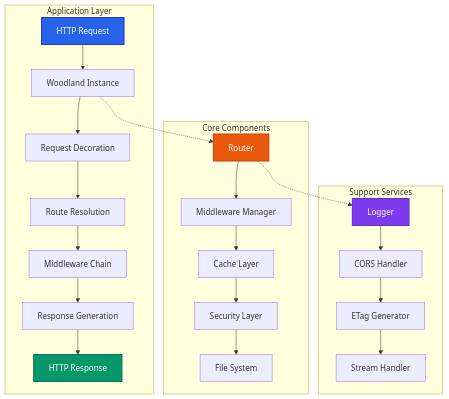
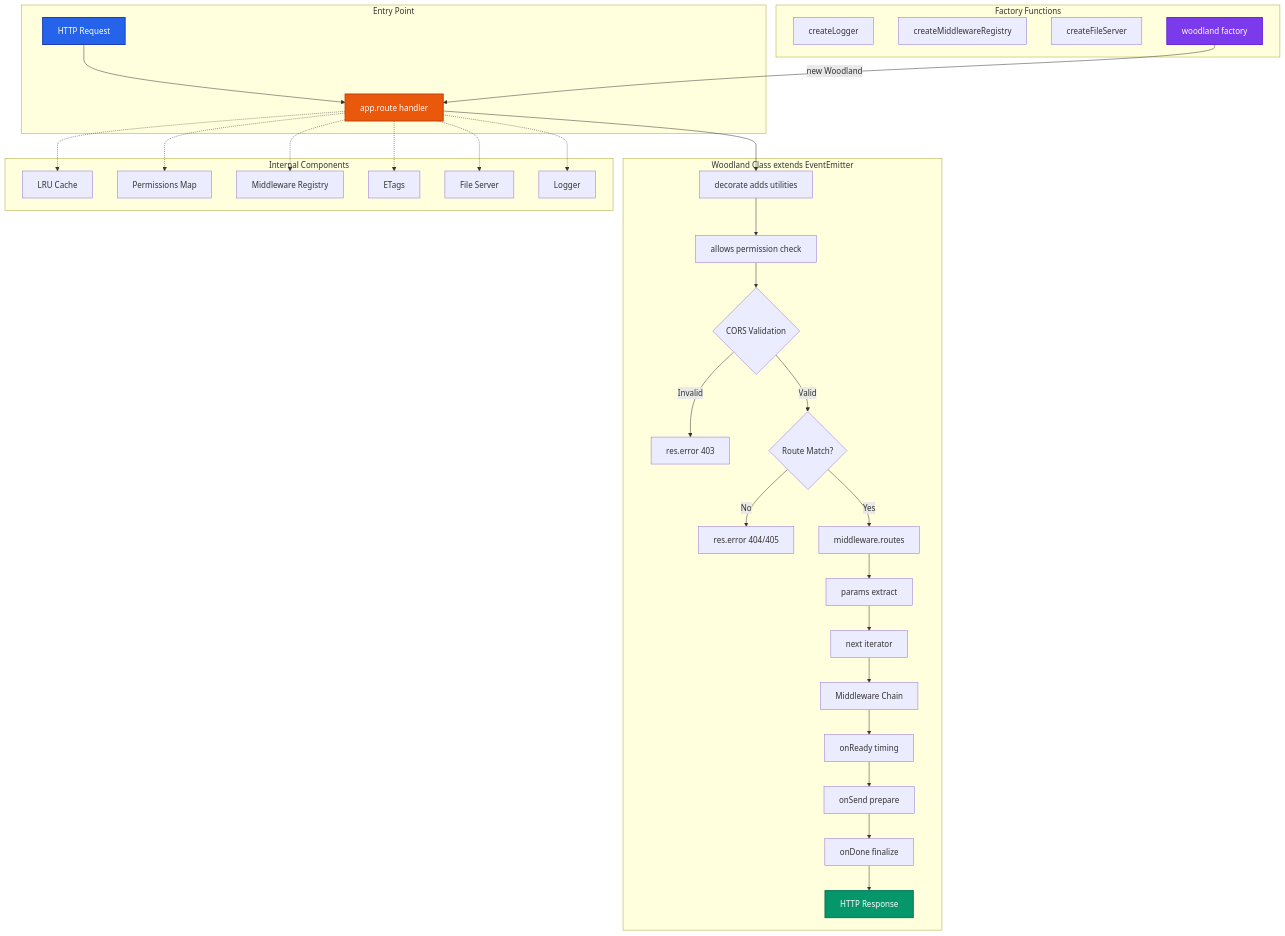
The first of 9 diagrams in docs/TECHNICAL_DOCUMENTATION.md (avoidwork/woodland), drawn with Mermaid before and after one commit. The commit also changed other lines of this file and 74 other files, not shown here.

````diff
--- a/docs/TECHNICAL_DOCUMENTATION.md
+++ b/docs/TECHNICAL_DOCUMENTATION.md
@@ -53,32 +55,52 @@
 ```mermaid
 graph TB
-    subgraph "Application Layer"
-        A[HTTP Request] --> B[Woodland Instance]
-        B --> C[Request Decoration]
-        C --> D[Route Resolution]
-        D --> E[Middleware Chain]
-        E --> F[Response Generation]
-        F --> G[HTTP Response]
+    subgraph "Entry Point"
+        A[HTTP Request] --> B[app.route handler]
     end
-    
-    subgraph "Core Components"
-        H[Router] --> I[Middleware Manager]
-        I --> J[Cache Layer]
-        J --> K[Security Layer]
-        K --> L[File System]
+
+    subgraph "Woodland Class extends EventEmitter"
+        B --> C[decorate adds utilities]
+        C --> D[allows permission check]
+        D --> E{CORS Validation}
+        E -->|Invalid| F[res.error 403]
+        E -->|Valid| G{Route Match?}
+        G -->|No| H[res.error 404/405]
+        G -->|Yes| I[middleware.routes]
+        I --> J[params extract]
+        J --> K[next iterator]
+        K --> L[Middleware Chain]
+        L --> M[onReady timing]
+        M --> N[onSend prepare]
+        N --> O[onDone finalize]
+        O --> P[HTTP Response]
     end
-    
-    subgraph "Support Services"
-        M[Logger] --> N[CORS Handler]
-        N --> O[ETag Generator]
-        O --> P[Stream Handler]
+
+    subgraph "Internal Components"
+        Q[LRU Cache]
+        R[Permissions Map]
+        S[Middleware Registry]
+        T[ETags]
+        U[File Server]
+        V[Logger]
     end
-    
-    B -.-> H
-    H -.-> M
-    
+
+    subgraph "Factory Functions"
+        W[createLogger]
+        X[createMiddlewareRegistry]
+        Y[createFileServer]
+        Z[woodland factory]
+    end
+
+    B -.-> Q
+    B -.-> R
+    B -.-> S
+    B -.-> T
+    B -.-> U
+    B -.-> V
+    Z -->|new Woodland| B
+
     style A fill:#2563eb,stroke:#1e40af,stroke-width:2px,color:#ffffff
-    style G fill:#059669,stroke:#047857,stroke-width:2px,color:#ffffff
-    style H fill:#ea580c,stroke:#c2410c,stroke-width:2px,color:#ffffff
-    style M fill:#7c3aed,stroke:#6d28d9,stroke-width:2px,color:#ffffff
+    style P fill:#059669,stroke:#047857,stroke-width:2px,color:#ffffff
+    style B fill:#ea580c,stroke:#c2410c,stroke-width:2px,color:#ffffff
+    style Z fill:#7c3aed,stroke:#6d28d9,stroke-width:2px,color:#ffffff
 ```
````
